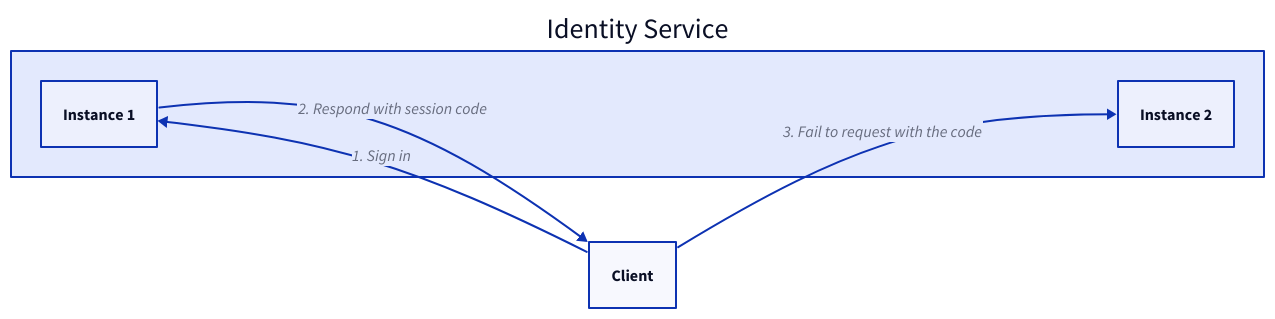
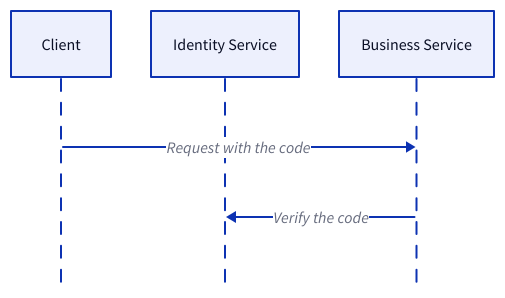
The second of 26 diagrams in content/docs/system-administration/system-protection/iam.md (link1905/system-design-101), drawn with D2 before and after one commit. The commit also changed other lines of this file and 21 other files, not shown here.

````diff
--- a/content/docs/system-administration/system-protection/iam.md
+++ b/content/docs/system-administration/system-protection/iam.md
@@ -40,21 +57,15 @@
 ```d2
-direction: right
-
-s: Identity Service {
-  s1: Instance 1 {
-    class: server
-  }
-  s2: Instance 2 {
-    class: server
-  }
-}
+shape: sequence_diagram
 c: Client {
   class: client
 }
+s: Identity Service {
+  class: server
+}
+b: Business Service {
+  class: server
+}
 
-c -> s.s1: 1. Sign in
-s.s1 -> c: 2. Respond with session code
-c -> s.s2: 3. Fail to request with the code {
-  class: error-conn
-}
+c -> b: Request with the code
+b -> s: Verify the code
 ```
````
